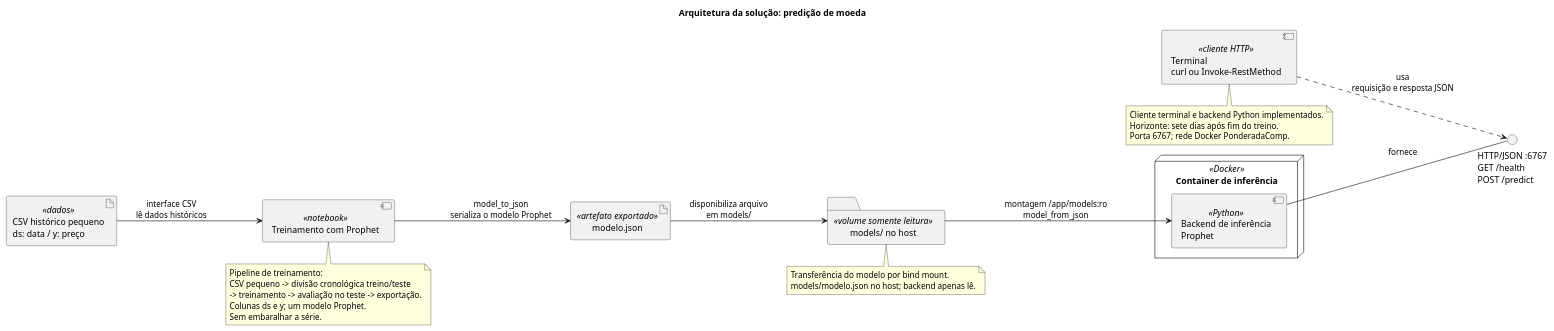
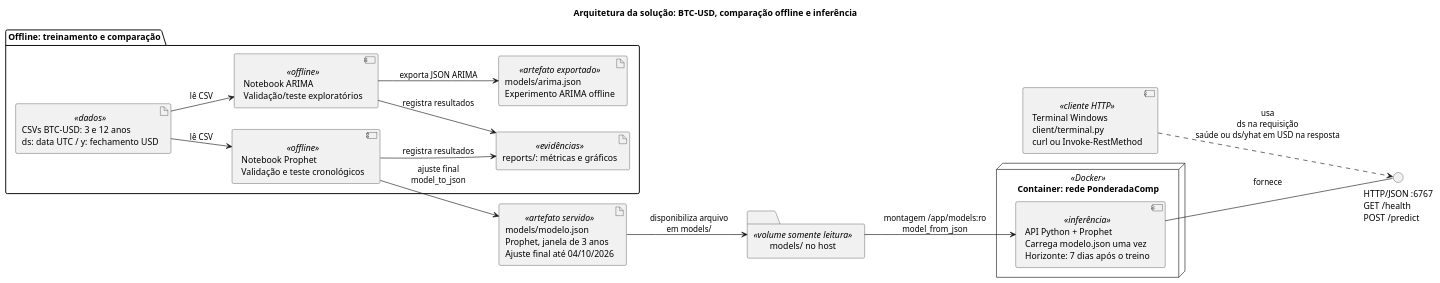
The diagram in docs/arquitetura.puml (C-Icaro/ponderada-m7-predicao-moeda), drawn with PlantUML before and after one commit. The commit also changed 8 other files, not shown here.

```diff
--- a/docs/arquitetura.puml
+++ b/docs/arquitetura.puml
@@ -1,44 +1,36 @@
 @startuml
-title Arquitetura da solução: predição de moeda
+title Arquitetura da solução: BTC-USD, comparação offline e inferência
 left to right direction
 skinparam componentStyle uml2
 skinparam shadowing false
 
-artifact "CSV histórico pequeno\nds: data / y: preço" as Csv <<dados>>
-component "Treinamento com Prophet" as Training <<notebook>>
-artifact "modelo.json" as Model <<artefato exportado>>
+package "Offline: treinamento e comparação" {
+  artifact "CSVs BTC-USD: 3 e 12 anos\nds: data UTC / y: fechamento USD" as Csv <<dados>>
+  component "Notebook Prophet\nValidação e teste cronológicos" as ProphetTraining <<offline>>
+  component "Notebook ARIMA\nValidação/teste exploratórios" as ArimaTraining <<offline>>
+  artifact "reports/: métricas e gráficos" as Reports <<evidências>>
+  artifact "models/arima.json\nExperimento ARIMA offline" as ArimaModel <<artefato exportado>>
+
+  Csv --> ProphetTraining : lê CSV
+  Csv --> ArimaTraining : lê CSV
+  ProphetTraining --> Reports : registra resultados
+  ArimaTraining --> Reports : registra resultados
+  ArimaTraining --> ArimaModel : exporta JSON ARIMA
+}
+
+artifact "models/modelo.json\nProphet, janela de 3 anos\nAjuste final até 04/10/2026" as Model <<artefato servido>>
 folder "models/ no host" as ModelsVolume <<volume somente leitura>>
 
-node "Container de inferência" as InferenceContainer <<Docker>> {
-  component "Backend de inferência\nProphet" as Backend <<Python>>
+node "Container: rede PonderadaComp" as InferenceContainer <<Docker>> {
+  component "API Python + Prophet\nCarrega modelo.json uma vez\nHorizonte: 7 dias após o treino" as Backend <<inferência>>
 }
 
 interface "HTTP/JSON :6767\nGET /health\nPOST /predict" as HttpApi
-component "Terminal\ncurl ou Invoke-RestMethod" as Client <<cliente HTTP>>
+component "Terminal Windows\nclient/terminal.py\ncurl ou Invoke-RestMethod" as Client <<cliente HTTP>>
 
-Csv --> Training : interface CSV\nlê dados históricos
-Training --> Model : model_to_json\nserializa o modelo Prophet
+ProphetTraining --> Model : ajuste final\nmodel_to_json
 Model --> ModelsVolume : disponibiliza arquivo\nem models/
 ModelsVolume --> Backend : montagem /app/models:ro\nmodel_from_json
 Backend -- HttpApi : fornece
-Client ..> HttpApi : usa\nrequisição e resposta JSON
-
-note bottom of Training
-  Pipeline de treinamento:
-  CSV pequeno -> divisão cronológica treino/teste
-  -> treinamento -> avaliação no teste -> exportação.
-  Colunas ds e y; um modelo Prophet.
-  Sem embaralhar a série.
-end note
-
-note bottom of ModelsVolume
-  Transferência do modelo por bind mount.
-  models/modelo.json no host; backend apenas lê.
-end note
-
-note bottom of Client
-  Cliente terminal e backend Python implementados.
-  Horizonte: sete dias após fim do treino.
-  Porta 6767; rede Docker PonderadaComp.
-end note
+Client ..> HttpApi : usa\nds na requisição\nsaúde ou ds/yhat em USD na resposta
 @enduml
```
